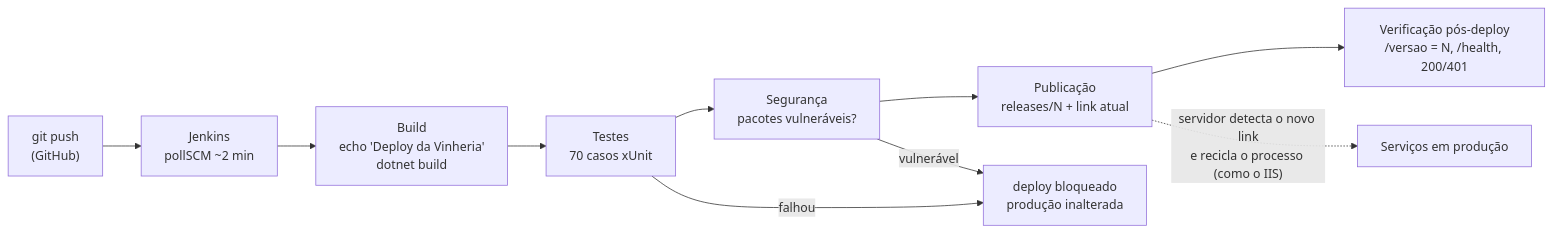
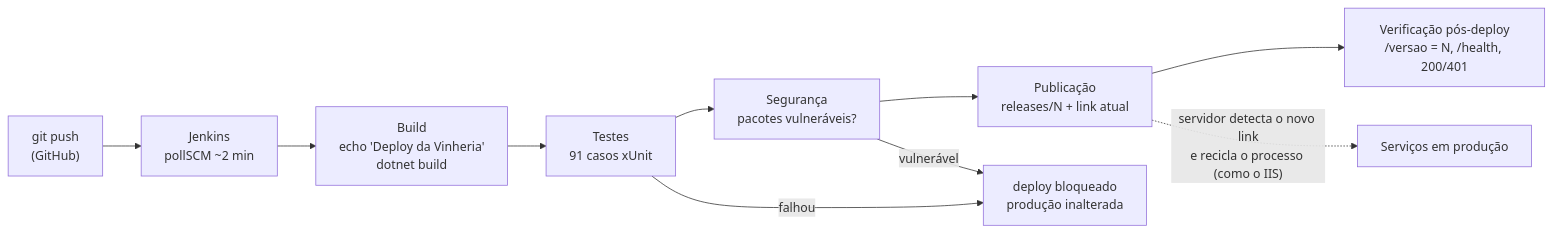
Before and after one commit to Code-Masters-F/vinheria-agnello: the third of 3 diagrams in docs/FASE7_INFRA_DEVOPS.md, drawn with Mermaid. The commit also changed other lines of this file and 2 other files, not shown here.

Commit message:
docs(fase7): atualiza testes, limitações e instruções apontadas na revisão

````diff
--- a/docs/FASE7_INFRA_DEVOPS.md
+++ b/docs/FASE7_INFRA_DEVOPS.md
@@ -218,12 +218,12 @@
 ```mermaid
 flowchart LR
     dev["git push<br/>(GitHub)"] --> poll["Jenkins<br/>pollSCM ~2 min"]
     poll --> build["Build<br/>echo 'Deploy da Vinheria'<br/>dotnet build"]
-    build --> testes["Testes<br/>70 casos xUnit"]
+    build --> testes["Testes<br/>91 casos xUnit"]
     testes --> seg["Segurança<br/>pacotes vulneráveis?"]
     seg --> pub["Publicação<br/>releases/N + link atual"]
     pub --> ver["Verificação pós-deploy<br/>/versao = N, /health, 200/401"]
     pub -. "servidor detecta o novo link<br/>e recicla o processo (como o IIS)" .-> prod["Serviços em produção"]
     testes -- "falhou" --> stop["deploy bloqueado<br/>produção inalterada"]
     seg -- "vulnerável" --> stop
 ```
````
